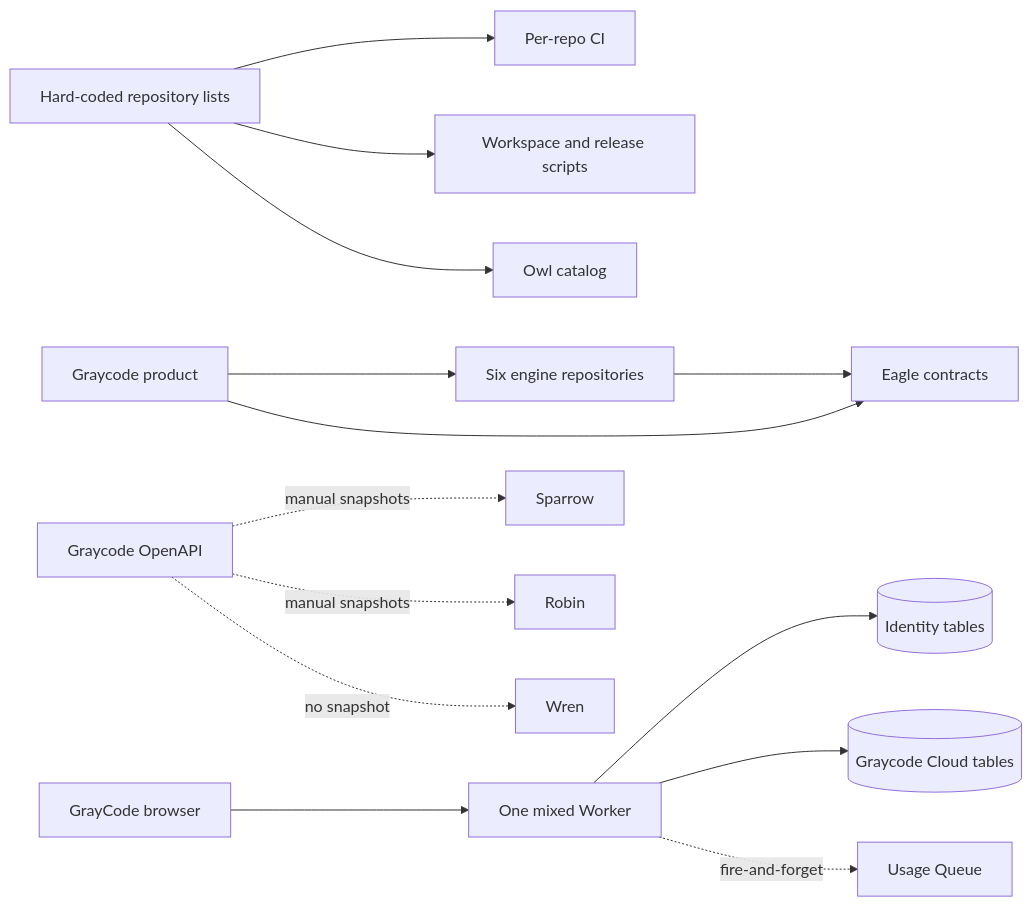
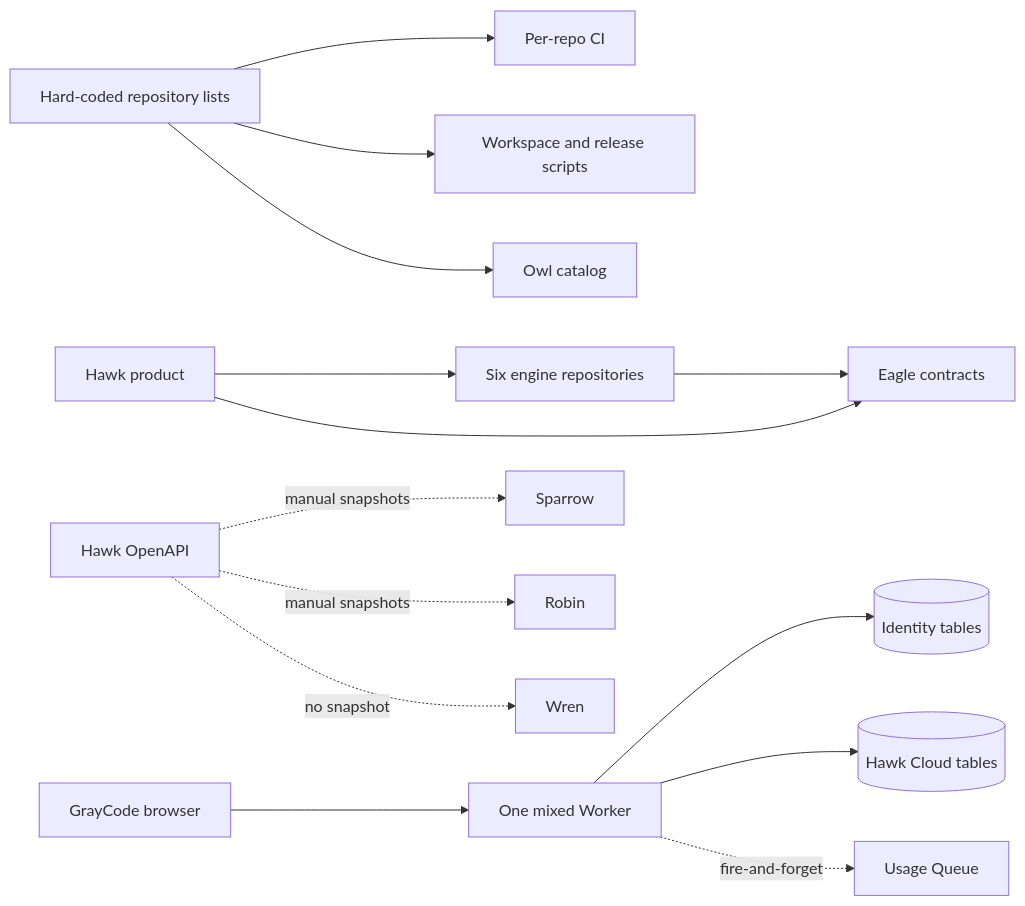
The first of 2 diagrams in docs/ECOSYSTEM-WIRING.md (GrayCodeAI/Rhov), drawn with Mermaid before and after one commit. The commit also changed other lines of this file and 1424 other files, not shown here.

First line of the commit message:
chore!: rename graycode back to hawk (#301)

````diff
--- a/docs/ECOSYSTEM-WIRING.md
+++ b/docs/ECOSYSTEM-WIRING.md
@@ -14,19 +14,19 @@
 ```mermaid
 flowchart LR
   Lists[Hard-coded repository lists] --> CI[Per-repo CI]
   Lists --> Scripts[Workspace and release scripts]
   Lists --> Owl[Owl catalog]
 
-  Graycode[Graycode product] --> Engines[Six engine repositories]
+  Hawk[Hawk product] --> Engines[Six engine repositories]
   Engines --> Eagle[Eagle contracts]
-  Graycode --> Eagle
+  Hawk --> Eagle
 
-  GraycodeSpec[Graycode OpenAPI] -. manual snapshots .-> Sparrow
-  GraycodeSpec -. manual snapshots .-> Robin
-  GraycodeSpec -. no snapshot .-> Wren
+  HawkSpec[Hawk OpenAPI] -. manual snapshots .-> Sparrow
+  HawkSpec -. manual snapshots .-> Robin
+  HawkSpec -. no snapshot .-> Wren
 
   Browser[GrayCode browser] --> Mixed[One mixed Worker]
   Mixed --> Identity[(Identity tables)]
-  Mixed --> Cloud[(Graycode Cloud tables)]
+  Mixed --> Cloud[(Hawk Cloud tables)]
   Mixed -. fire-and-forget .-> Queue[Usage Queue]
 ```
````
